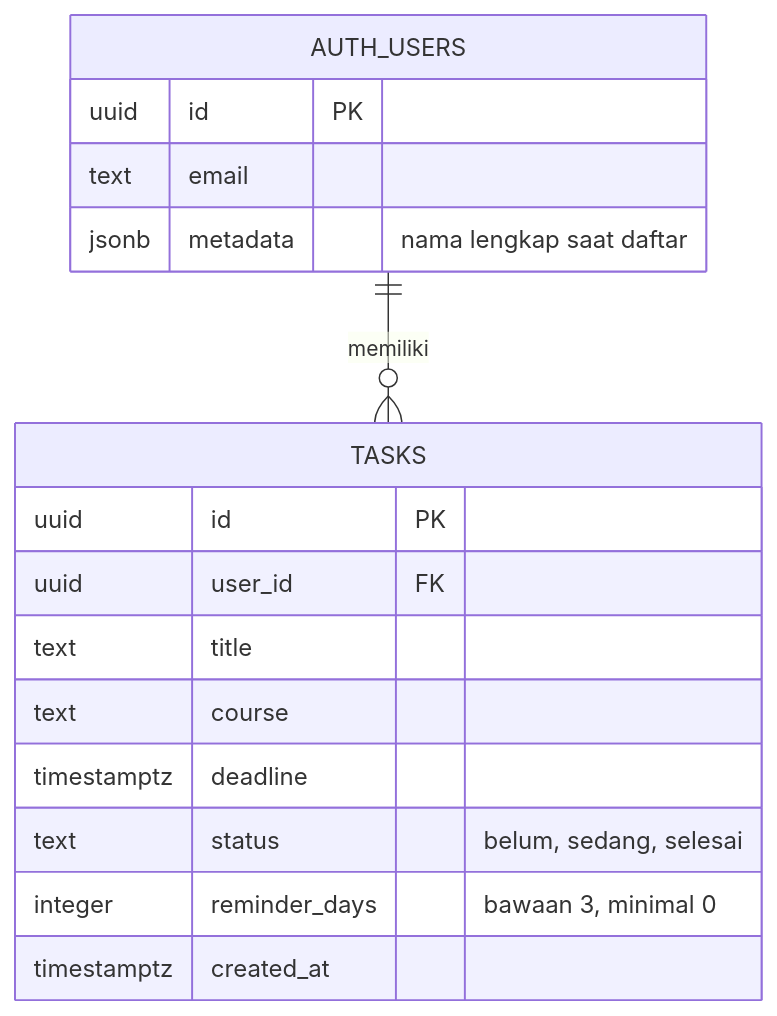
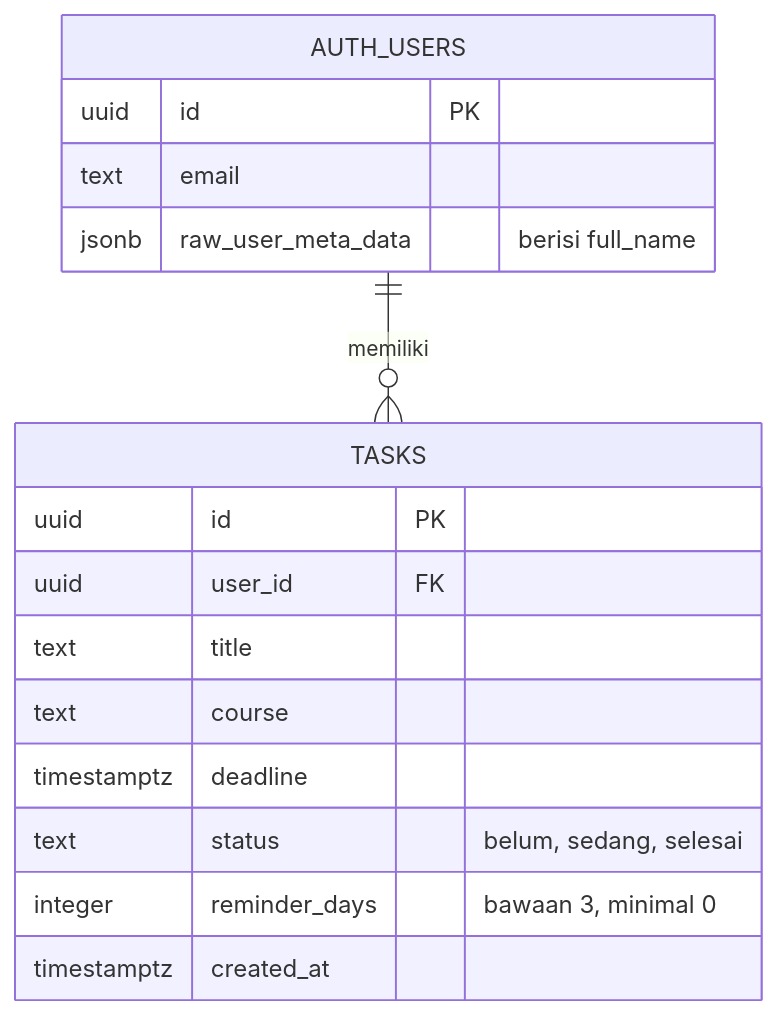
One commit to AndreyalNasution/platform-pengelolaan-tugas changed the fifth of 6 diagrams in docs/4-1-desain-sistem.md. Above: the diagram before and after it, drawn with Mermaid. The commit also changed other lines of this file, not shown here.

Commit message:
PB-21: pastikan penyimpanan nama lengkap di ERD sesuai auth.js

````diff
--- a/docs/4-1-desain-sistem.md
+++ b/docs/4-1-desain-sistem.md
@@ -101,19 +101,19 @@
 ```mermaid
 erDiagram
   AUTH_USERS ||--o{ TASKS : "memiliki"
   AUTH_USERS {
     uuid id PK
     text email
-    jsonb metadata "nama lengkap saat daftar"
+    jsonb raw_user_meta_data "berisi full_name"
   }
   TASKS {
     uuid id PK
     uuid user_id FK
     text title
     text course
     timestamptz deadline
     text status "belum, sedang, selesai"
     integer reminder_days "bawaan 3, minimal 0"
     timestamptz created_at
   }
 ```
````
